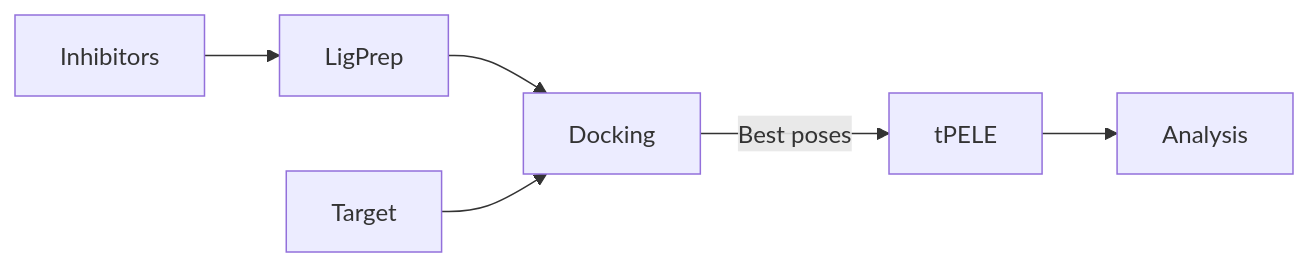
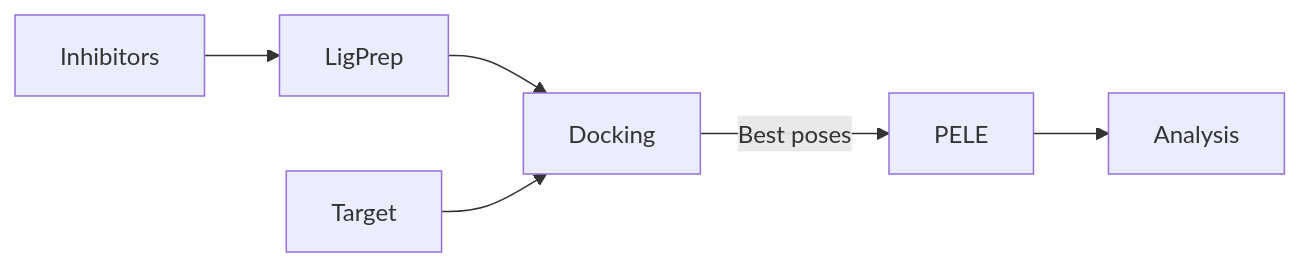
Before and after one commit to ignasipuch/pelevs: the diagram in README.md, drawn with Mermaid. The commit also changed other lines of this file, not shown here.

````diff
--- a/README.md
+++ b/README.md
@@ -9,8 +9,8 @@
 ```mermaid
 graph LR
 A[Inhibitors] --> B[LigPrep]
 B --> C[Docking]
 D[Target] --> C[Docking]
-C -- Best poses --> E[tPELE]
+C -- Best poses --> E[PELE]
 E --> F[Analysis]
 ```
````
